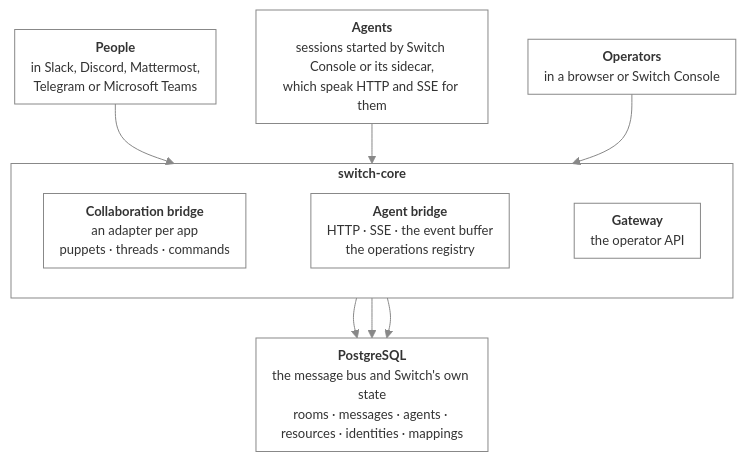
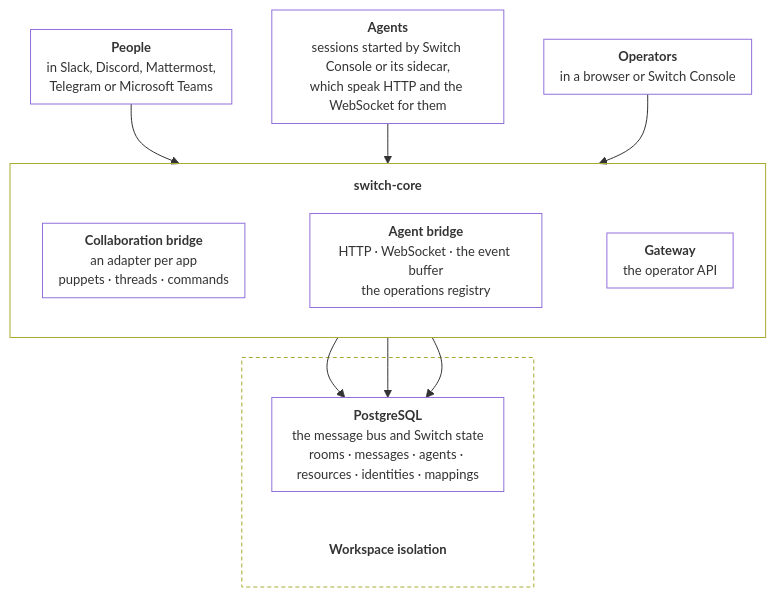
Before and after one commit to sandbox-quantum/switch: the diagram in docs/official/internals/index.md, drawn with Mermaid. The commit also changed other lines of this file and 73 other files, not shown here.

````diff
--- a/docs/official/internals/index.md
+++ b/docs/official/internals/index.md
@@ -13,29 +13,35 @@
 ```mermaid
-%%{init: {'themeVariables': {'fontSize': '13px'}, 'flowchart': {'padding': 8, 'nodeSpacing': 40, 'rankSpacing': 40}}}%%
+%%{init: {'themeVariables': {'fontSize': '13px'}, 'flowchart': {'padding': 8, 'nodeSpacing': 40, 'rankSpacing': 40, 'subGraphTitleMargin': {'top': 12, 'bottom': 8}}}}%%
 flowchart TB
   people["<b>People</b><br/>in Slack, Discord, Mattermost,<br/>Telegram or Microsoft Teams"]
-  agents["<b>Agents</b><br/>sessions started by Switch Console or its sidecar,<br/>which speak HTTP and SSE for them"]
+  agents["<b>Agents</b><br/>sessions started by Switch Console or its sidecar,<br/>which speak HTTP and the WebSocket for them"]
   operators["<b>Operators</b><br/>in a browser or Switch Console"]
 
   subgraph core["<b>switch-core</b>"]
     direction LR
     collab["<b>Collaboration bridge</b><br/>an adapter per app<br/>puppets · threads · commands"]
-    agentbridge["<b>Agent bridge</b><br/>HTTP · SSE · the event buffer<br/>the operations registry"]
+    agentbridge["<b>Agent bridge</b><br/>HTTP · WebSocket · the event buffer<br/>the operations registry"]
     gateway["<b>Gateway</b><br/>the operator API"]
     collab ~~~ agentbridge ~~~ gateway
   end
 
-  store["<b>PostgreSQL</b><br/>the message bus and Switch's own state<br/>rooms · messages · agents · resources · identities · mappings"]
+  subgraph tenancy[" "]
+    store["<b>PostgreSQL</b><br/>the message bus and Switch state<br/>rooms · messages · agents · resources · identities · mappings"]
+    tenancylabel["<b>Workspace isolation</b>"]
+    store ~~~ tenancylabel
+  end
 
   people --> collab
   agents --> agentbridge
   operators --> gateway
   collab --> store
   agentbridge --> store
   gateway --> store
 
-  classDef plain fill:none,stroke:#888888,stroke-width:1px
+  classDef plain fill:none,stroke-width:1px
   class people,agents,operators,collab,agentbridge,gateway,store plain
-  style core fill:none,stroke:#888888,stroke-width:1px
-  linkStyle default stroke:#888888
+  classDef caption fill:none,stroke:none
+  class tenancylabel caption
+  style core fill:none,stroke-width:1px
+  style tenancy fill:none,stroke-width:1px,stroke-dasharray:4 3
 ```
````
